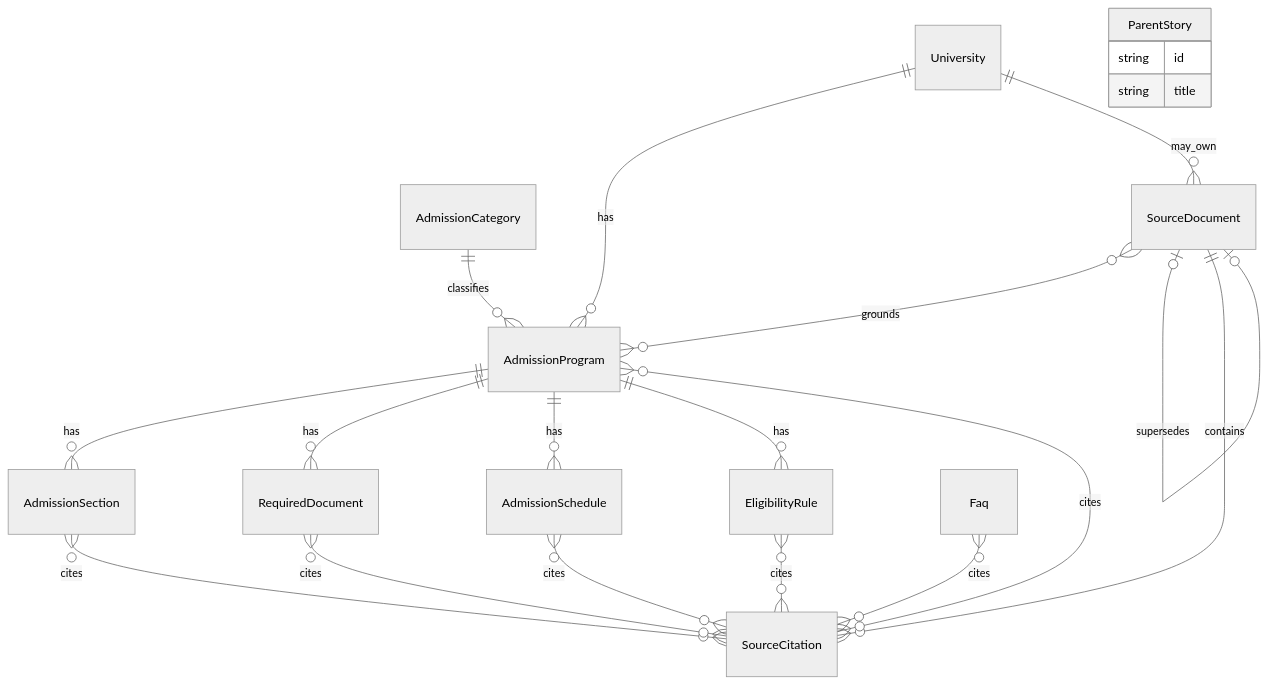
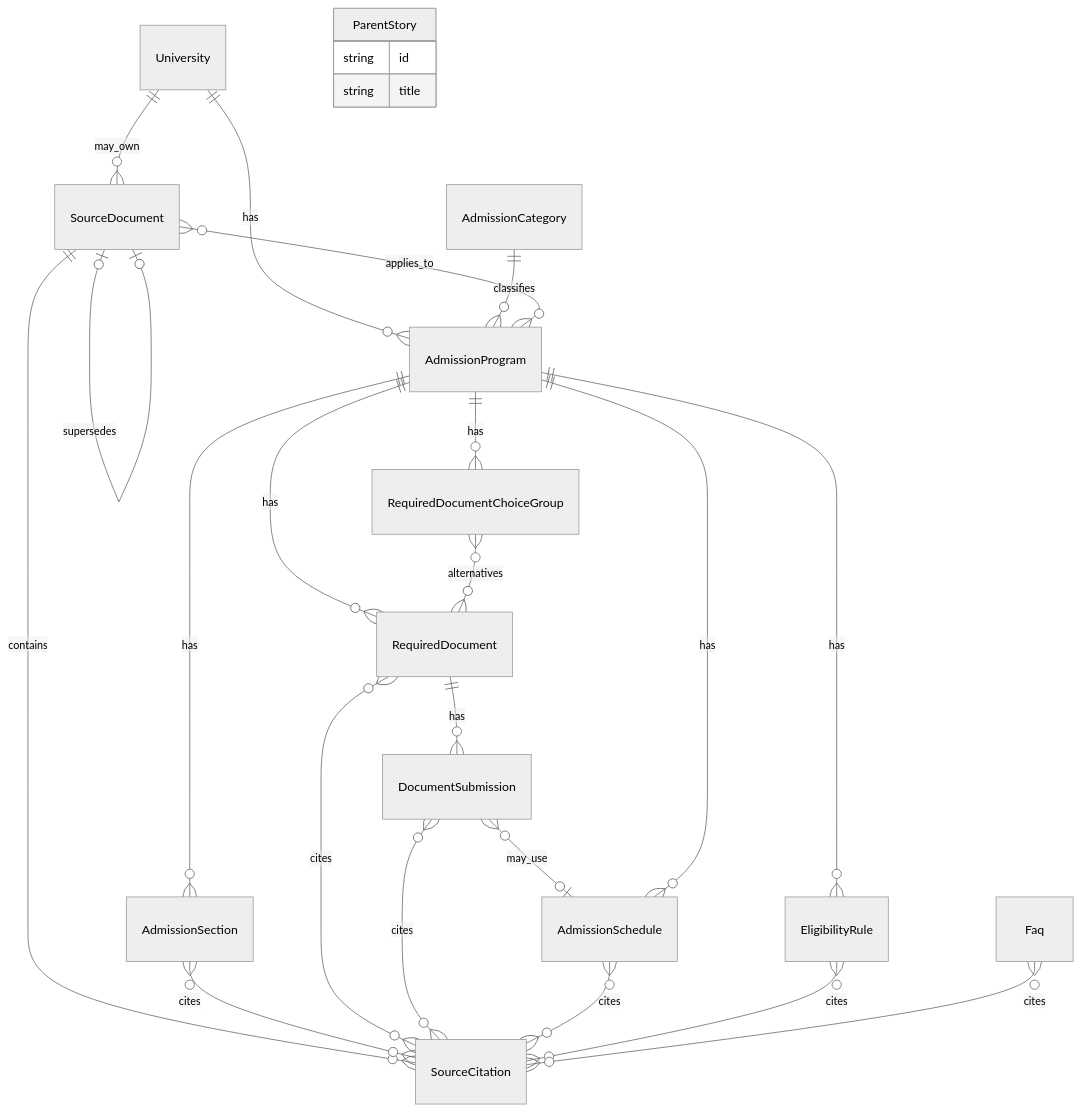
One commit to Jinuman2233/3teuk-Consulting changed the diagram in docs/DATA_MODEL.md. Above: the diagram before and after it, drawn with Mermaid (neutral theme). The commit also changed other lines of this file, not shown here.

Commit message:
docs: sync data model with validated schema

````diff
--- a/docs/DATA_MODEL.md
+++ b/docs/DATA_MODEL.md
@@ -1149,23 +1479,27 @@
 ```mermaid
 erDiagram
     University ||--o{ AdmissionProgram : has
     AdmissionCategory ||--o{ AdmissionProgram : classifies
     University ||--o{ SourceDocument : may_own
-    SourceDocument }o--o{ AdmissionProgram : grounds
+    SourceDocument }o--o{ AdmissionProgram : applies_to
     AdmissionProgram ||--o{ AdmissionSection : has
     AdmissionProgram ||--o{ RequiredDocument : has
+    RequiredDocument ||--o{ DocumentSubmission : has
+    DocumentSubmission }o--o| AdmissionSchedule : may_use
     AdmissionProgram ||--o{ AdmissionSchedule : has
+    AdmissionProgram ||--o{ RequiredDocumentChoiceGroup : has
+    RequiredDocumentChoiceGroup }o--o{ RequiredDocument : alternatives
     AdmissionProgram ||--o{ EligibilityRule : has
     SourceDocument |o--o| SourceDocument : supersedes
     SourceDocument ||--o{ SourceCitation : contains
-    AdmissionProgram }o--o{ SourceCitation : cites
     AdmissionSection }o--o{ SourceCitation : cites
     RequiredDocument }o--o{ SourceCitation : cites
+    DocumentSubmission }o--o{ SourceCitation : cites
     AdmissionSchedule }o--o{ SourceCitation : cites
     EligibilityRule }o--o{ SourceCitation : cites
     Faq }o--o{ SourceCitation : cites
     ParentStory {
         string id
         string title
     }
 ```
````
